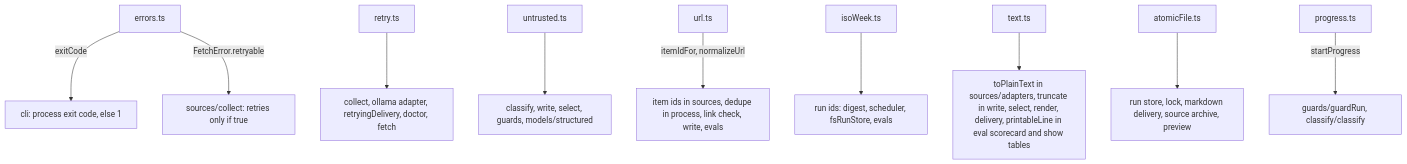
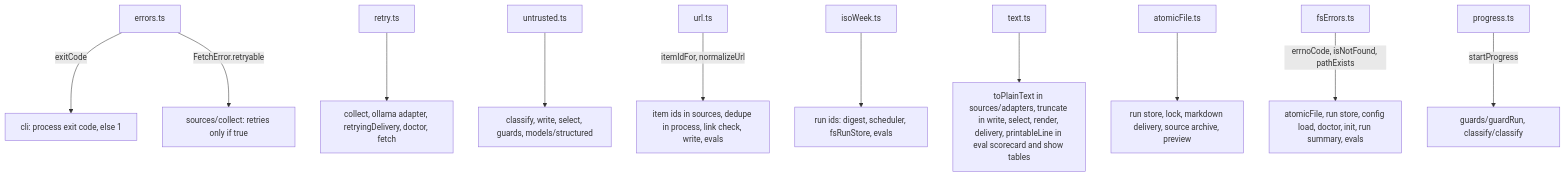
One commit to odere-pro/weekly-engineering-digest-agent changed the second of 2 diagrams in src/shared/CLAUDE.md. Above: the diagram before and after it, drawn with Mermaid. The commit also changed other lines of this file and 55 other files, not shown here.

First line of the commit message:
refactor: share errno and path-exists helpers in src/shared/fsErrors

````diff
--- a/src/shared/CLAUDE.md
+++ b/src/shared/CLAUDE.md
@@ -19,12 +20,13 @@
 ```mermaid
 flowchart TD
   errors["errors.ts"] -->|"exitCode"| exit["cli: process exit code, else 1"]
   errors -->|"FetchError.retryable"| collect["sources/collect: retries only if true"]
   retry["retry.ts"] --> callers["collect, ollama adapter, retryingDelivery, doctor, fetch"]
   untrusted["untrusted.ts"] --> prompts["classify, write, select, guards, models/structured"]
   url["url.ts"] -->|"itemIdFor, normalizeUrl"| ids["item ids in sources, dedupe in process, link check, write, evals"]
   isoWeek["isoWeek.ts"] --> weeks["run ids: digest, scheduler, fsRunStore, evals"]
   text["text.ts"] --> caps["toPlainText in sources/adapters, truncate in write, select, render, delivery, printableLine in eval scorecard and show tables"]
   atomic["atomicFile.ts"] --> files["run store, lock, markdown delivery, source archive, preview"]
+  fsErrors["fsErrors.ts"] -->|"errnoCode, isNotFound, pathExists"| fsUsers["atomicFile, run store, config load, doctor, init, run summary, evals"]
   progress["progress.ts"] -->|"startProgress"| steps["guards/guardRun, classify/classify"]
 ```
````
